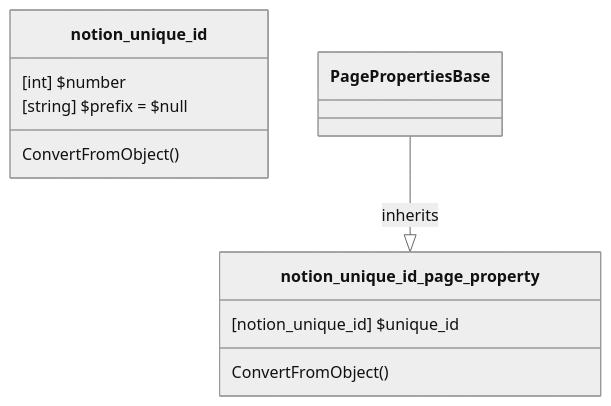
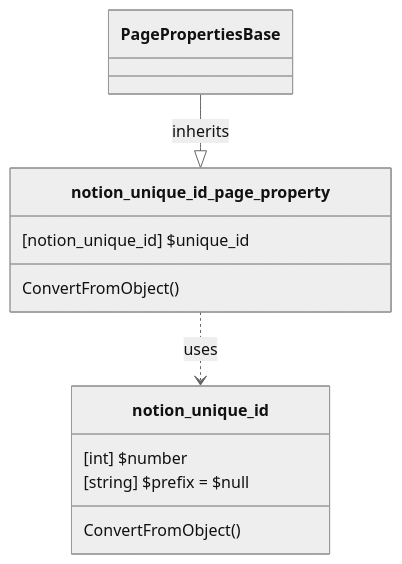
One commit to fasteiner/Notion changed the diagram in source/WikiSource/Classes/Page/PageProperties/23_pp_unique_id.md. Above: the diagram before and after it, drawn with Mermaid (neutral theme). The commit also changed other lines of this file and 80 other files, not shown here.

````diff
--- a/source/WikiSource/Classes/Page/PageProperties/23_pp_unique_id.md
+++ b/source/WikiSource/Classes/Page/PageProperties/23_pp_unique_id.md
@@ -5,14 +5,15 @@
 ```mermaid
 classDiagram
     class notion_unique_id {
         [int] $number
         [string] $prefix = $null
         ConvertFromObject()
     }
 
     class notion_unique_id_page_property {
         [notion_unique_id] $unique_id
         ConvertFromObject()
     }
     `PagePropertiesBase` --|> `notion_unique_id_page_property`:inherits
+    `notion_unique_id_page_property` ..> `notion_unique_id`:uses
 ```
````
